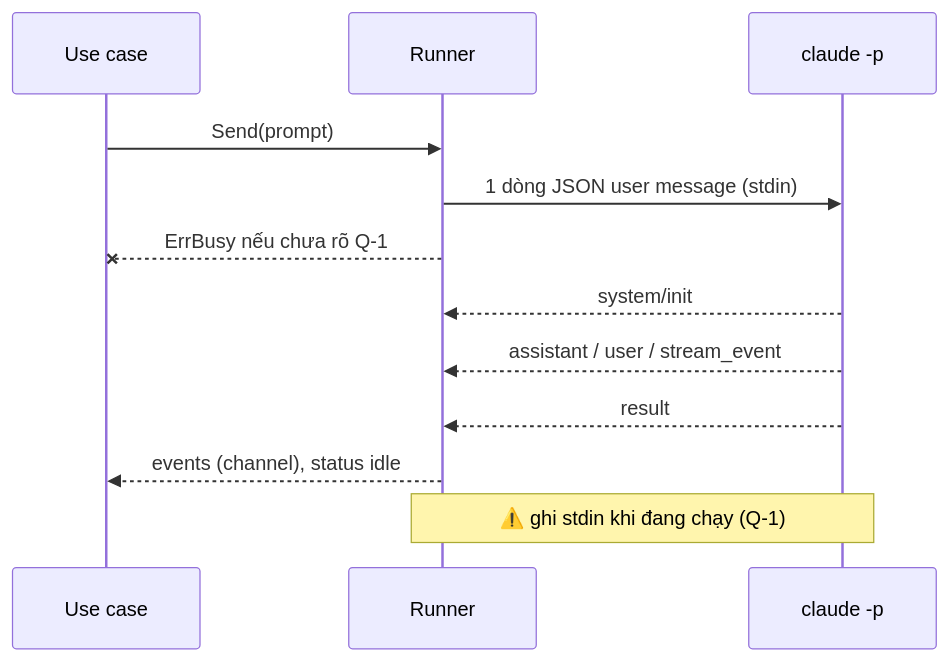
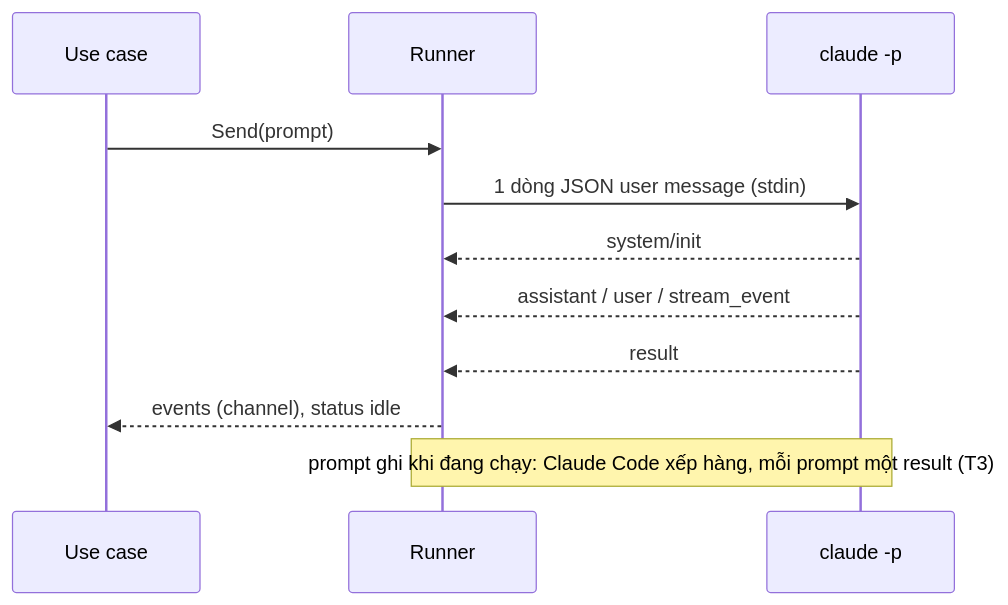
The first of 3 diagrams in docs/specs/features/agent-runtime/design.md (chjpcojit/agents-management), drawn with Mermaid before and after one commit. The commit also changed other lines of this file and 11 other files, not shown here.

````diff
--- a/docs/specs/features/agent-runtime/design.md
+++ b/docs/specs/features/agent-runtime/design.md
@@ -32,14 +32,13 @@
 ```mermaid
 sequenceDiagram
     participant U as Use case
     participant R as Runner
     participant P as claude -p
     U->>R: Send(prompt)
     R->>P: 1 dòng JSON user message (stdin)
-    R--xU: ErrBusy nếu chưa rõ Q-1
     P-->>R: system/init
     P-->>R: assistant / user / stream_event
     P-->>R: result
     R-->>U: events (channel), status idle
-    Note over R,P: ⚠️ ghi stdin khi đang chạy (Q-1)
+    Note over R,P: prompt ghi khi đang chạy: Claude Code xếp hàng, mỗi prompt một result (T3)
 ```
````
